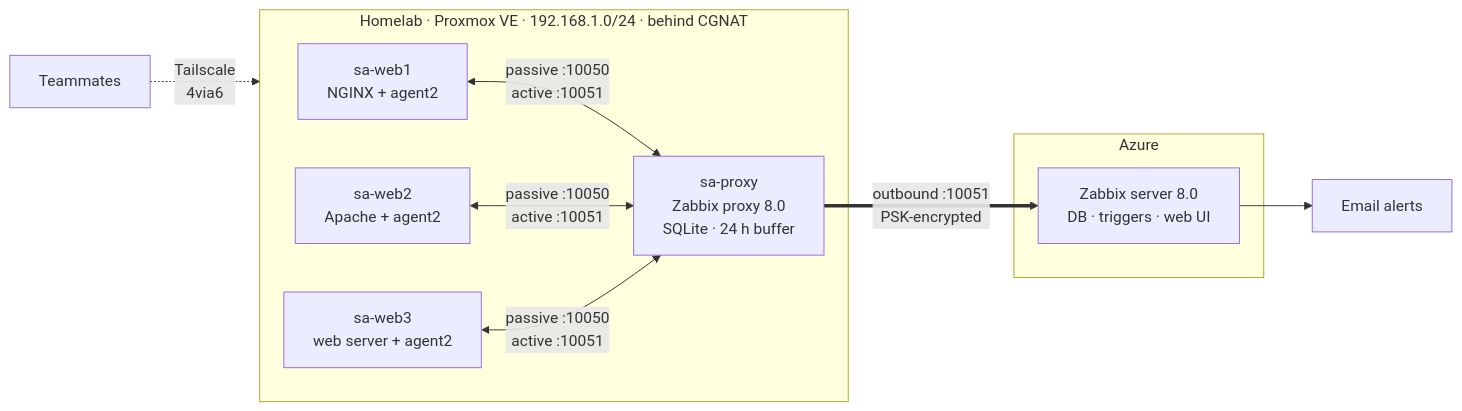
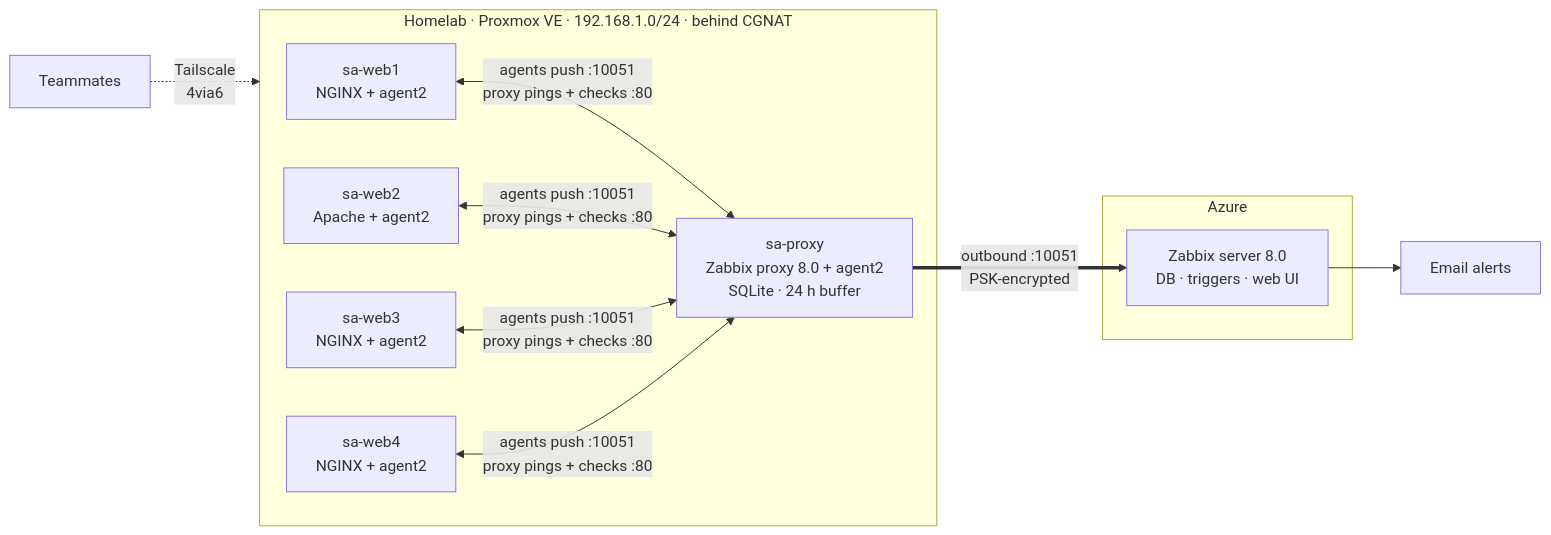
The diagram in README.md (georgielovejuice/salab-monitoring), drawn with Mermaid before and after one commit. The commit also changed other lines of this file and 18 other files, not shown here.

````diff
--- a/README.md
+++ b/README.md
@@ -9,16 +11,17 @@
 ```mermaid
 flowchart LR
   subgraph HOME["Homelab · Proxmox VE · 192.168.1.0/24 · behind CGNAT"]
     W1["sa-web1<br/>NGINX + agent2"]
     W2["sa-web2<br/>Apache + agent2"]
-    W3["sa-web3<br/>web server + agent2"]
-    P["sa-proxy<br/>Zabbix proxy 8.0<br/>SQLite · 24 h buffer"]
-    W1 & W2 & W3 <-->|"passive :10050<br/>active :10051"| P
+    W3["sa-web3<br/>NGINX + agent2"]
+    W4["sa-web4<br/>NGINX + agent2"]
+    P["sa-proxy<br/>Zabbix proxy 8.0 + agent2<br/>SQLite · 24 h buffer"]
+    W1 & W2 & W3 & W4 <-->|"agents push :10051<br/>proxy pings + checks :80"| P
   end
   subgraph AZ["Azure"]
     S["Zabbix server 8.0<br/>DB · triggers · web UI"]
   end
   P ==>|"outbound :10051<br/>PSK-encrypted"| S
   S --> M["Email alerts"]
   T["Teammates"] -.->|"Tailscale<br/>4via6"| HOME
 ```
````
